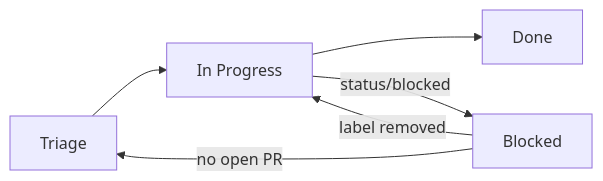
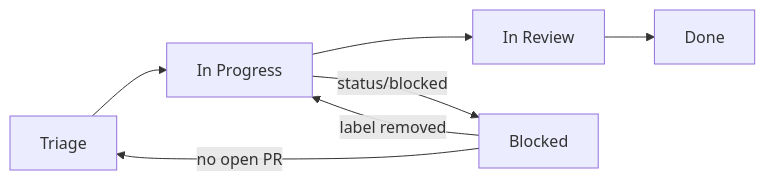
One commit to mcp-hangar/docs changed the diagram in development/PROJECT_BOARD.md. Above: the diagram before and after it, drawn with Mermaid. The commit also changed other lines of this file, not shown here.

First line of the commit message:
docs(ci): record that In Review is driven now

````diff
--- a/development/PROJECT_BOARD.md
+++ b/development/PROJECT_BOARD.md
@@ -20,7 +20,7 @@
 ```mermaid
 flowchart LR
-    triage["Triage"] --> progress["In Progress"] --> done["Done"]
+    triage["Triage"] --> progress["In Progress"] --> review["In Review"] --> done["Done"]
     progress -->|status/blocked| blocked["Blocked"]
     blocked -->|label removed| progress
     blocked -->|no open PR| triage
 ```
````
